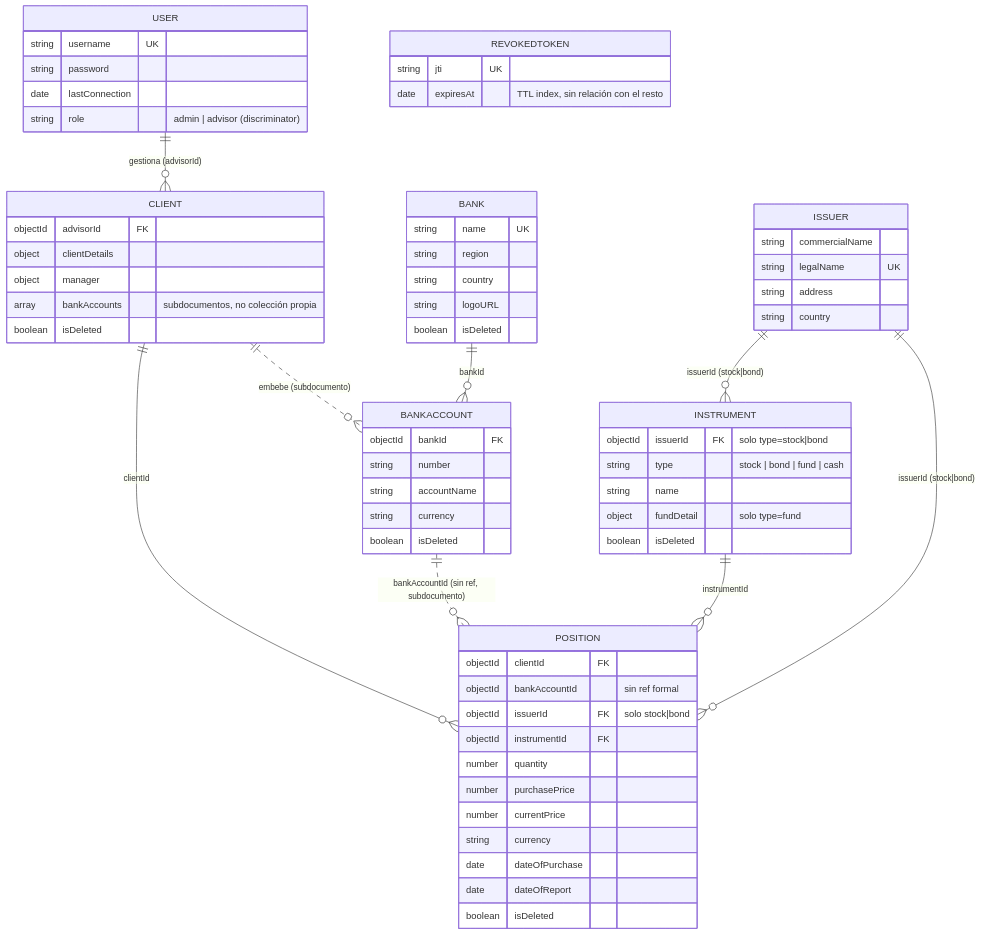
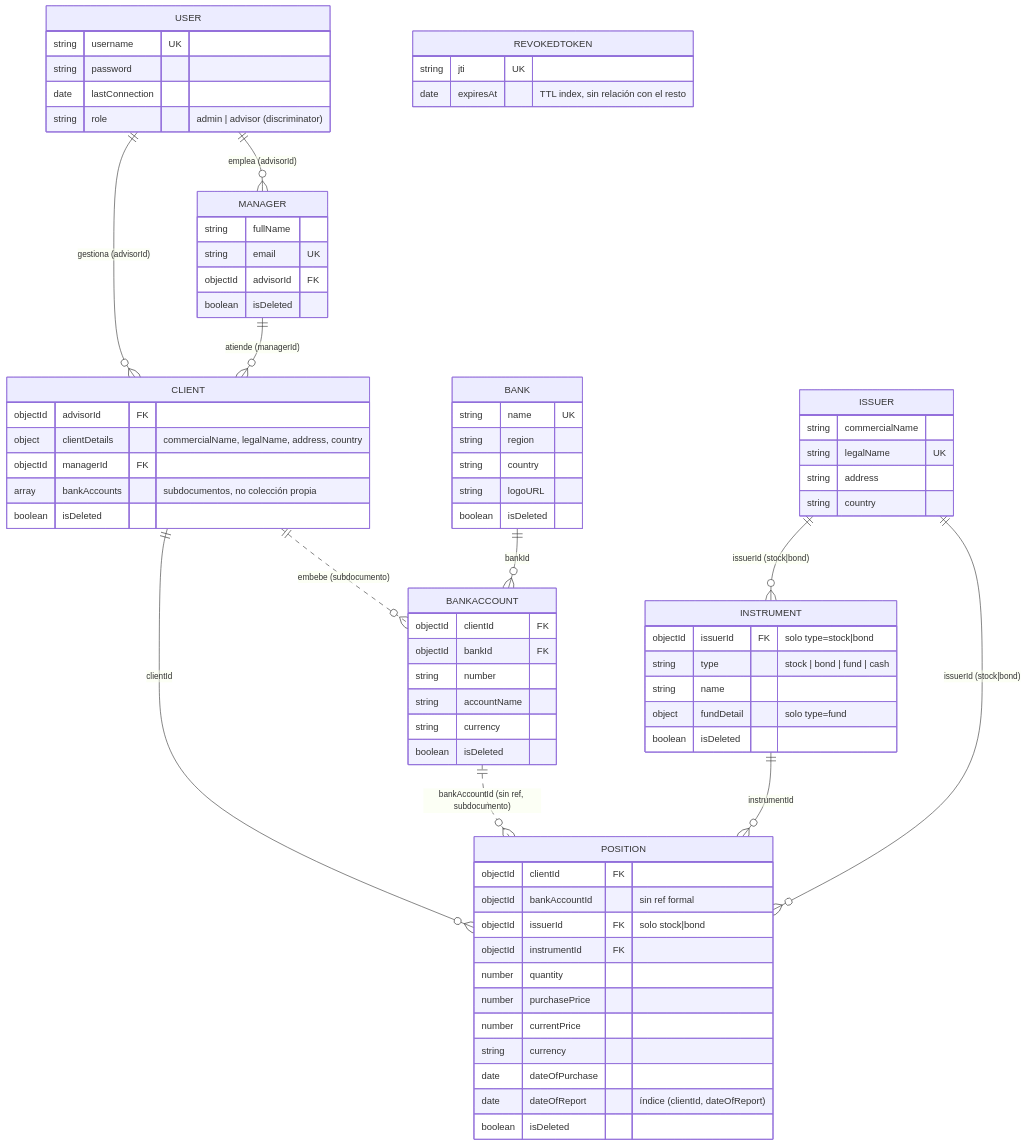
Before and after one commit to FrancoRossi-Dev/obligatorio: the second of 3 diagrams in README.md, drawn with Mermaid. The commit also changed other lines of this file, not shown here.

````diff
--- a/README.md
+++ b/README.md
@@ -190,68 +221,77 @@
 ```mermaid
 erDiagram
     USER ||--o{ CLIENT : "gestiona (advisorId)"
+    USER ||--o{ MANAGER : "emplea (advisorId)"
+    MANAGER ||--o{ CLIENT : "atiende (managerId)"
+    MANAGER {
+        string fullName
+        string email UK
+        objectId advisorId FK
+        boolean isDeleted
+    }
     USER {
         string username UK
         string password
         date lastConnection
         string role "admin | advisor (discriminator)"
     }
     CLIENT ||--o{ POSITION : "clientId"
     CLIENT ||..o{ BANKACCOUNT : "embebe (subdocumento)"
     CLIENT {
         objectId advisorId FK
-        object clientDetails
-        object manager
+        object clientDetails "commercialName, legalName, address, country"
+        objectId managerId FK
         array bankAccounts "subdocumentos, no colección propia"
         boolean isDeleted
     }
     BANK ||--o{ BANKACCOUNT : "bankId"
     BANK {
         string name UK
         string region
         string country
         string logoURL
         boolean isDeleted
     }
     BANKACCOUNT {
+        objectId clientId FK
         objectId bankId FK
         string number
         string accountName
         string currency
         boolean isDeleted
     }
     BANKACCOUNT ||..o{ POSITION : "bankAccountId (sin ref, subdocumento)"
     INSTRUMENT ||--o{ POSITION : "instrumentId"
     INSTRUMENT {
         objectId issuerId FK "solo type=stock|bond"
         string type "stock | bond | fund | cash"
         string name
         object fundDetail "solo type=fund"
         boolean isDeleted
     }
     ISSUER ||--o{ INSTRUMENT : "issuerId (stock|bond)"
     ISSUER ||--o{ POSITION : "issuerId (stock|bond)"
     ISSUER {
         string commercialName
         string legalName UK
         string address
         string country
     }
     POSITION {
         objectId clientId FK
         objectId bankAccountId "sin ref formal"
         objectId issuerId FK "solo stock|bond"
         objectId instrumentId FK
         number quantity
         number purchasePrice
         number currentPrice
         string currency
         date dateOfPurchase
-        date dateOfReport
+        date dateOfReport "índice (clientId, dateOfReport)"
         boolean isDeleted
     }
     REVOKEDTOKEN {
         string jti UK
         date expiresAt "TTL index, sin relación con el resto"
     }
 ```
````
